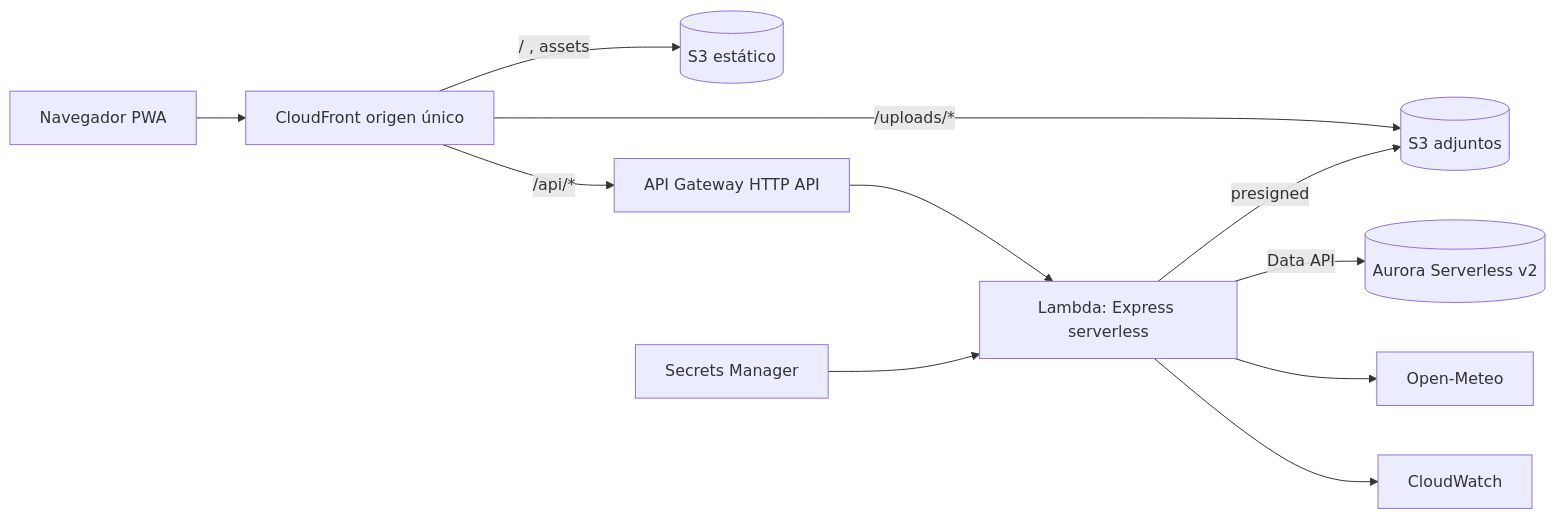
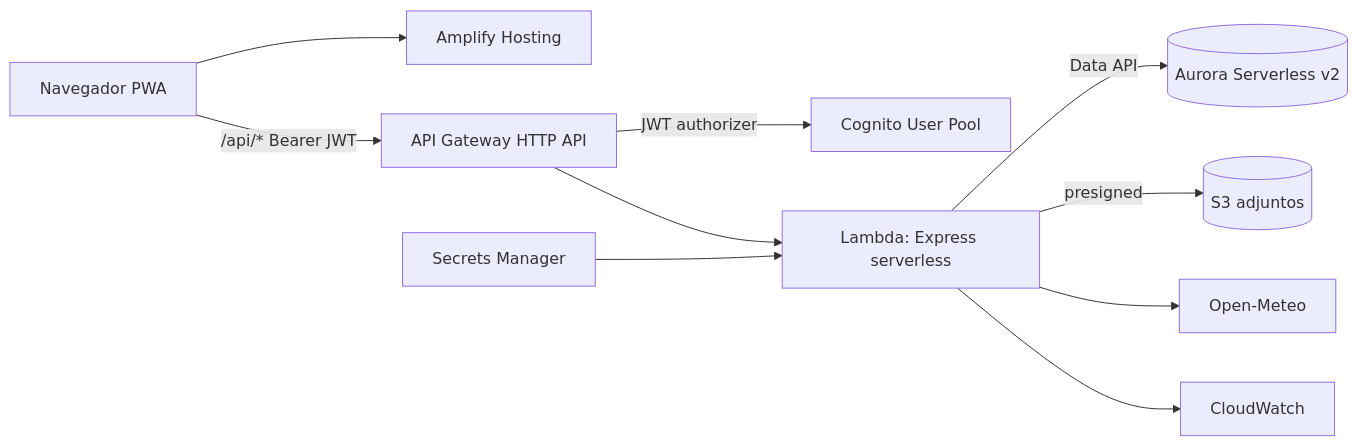
One commit to PedroD1265/Agrosbo-KIRO-AWS changed the second of 2 diagrams in docs/architecture/current-and-target.md. Above: the diagram before and after it, drawn with Mermaid. The commit also changed other lines of this file and 14 other files, not shown here.

````diff
--- a/docs/architecture/current-and-target.md
+++ b/docs/architecture/current-and-target.md
@@ -46,13 +52,12 @@
 ```mermaid
 flowchart LR
-  U[Navegador PWA] --> CF[CloudFront origen único]
-  CF -->|/ , assets| S3W[(S3 estático)]
-  CF -->|/uploads/*| S3U[(S3 adjuntos)]
-  CF -->|/api/*| AGW[API Gateway HTTP API]
+  U[Navegador PWA] --> AH[Amplify Hosting]
+  U -->|/api/* Bearer JWT| AGW[API Gateway HTTP API]
+  AGW -->|JWT authorizer| COG[Cognito User Pool]
   AGW --> L[Lambda: Express serverless]
   L -->|Data API| AUR[(Aurora Serverless v2)]
-  L -->|presigned| S3U
+  L -->|presigned| S3U[(S3 adjuntos)]
   L --> OM[Open-Meteo]
   L --> CW[CloudWatch]
   SM[Secrets Manager] --> L
 ```
````
